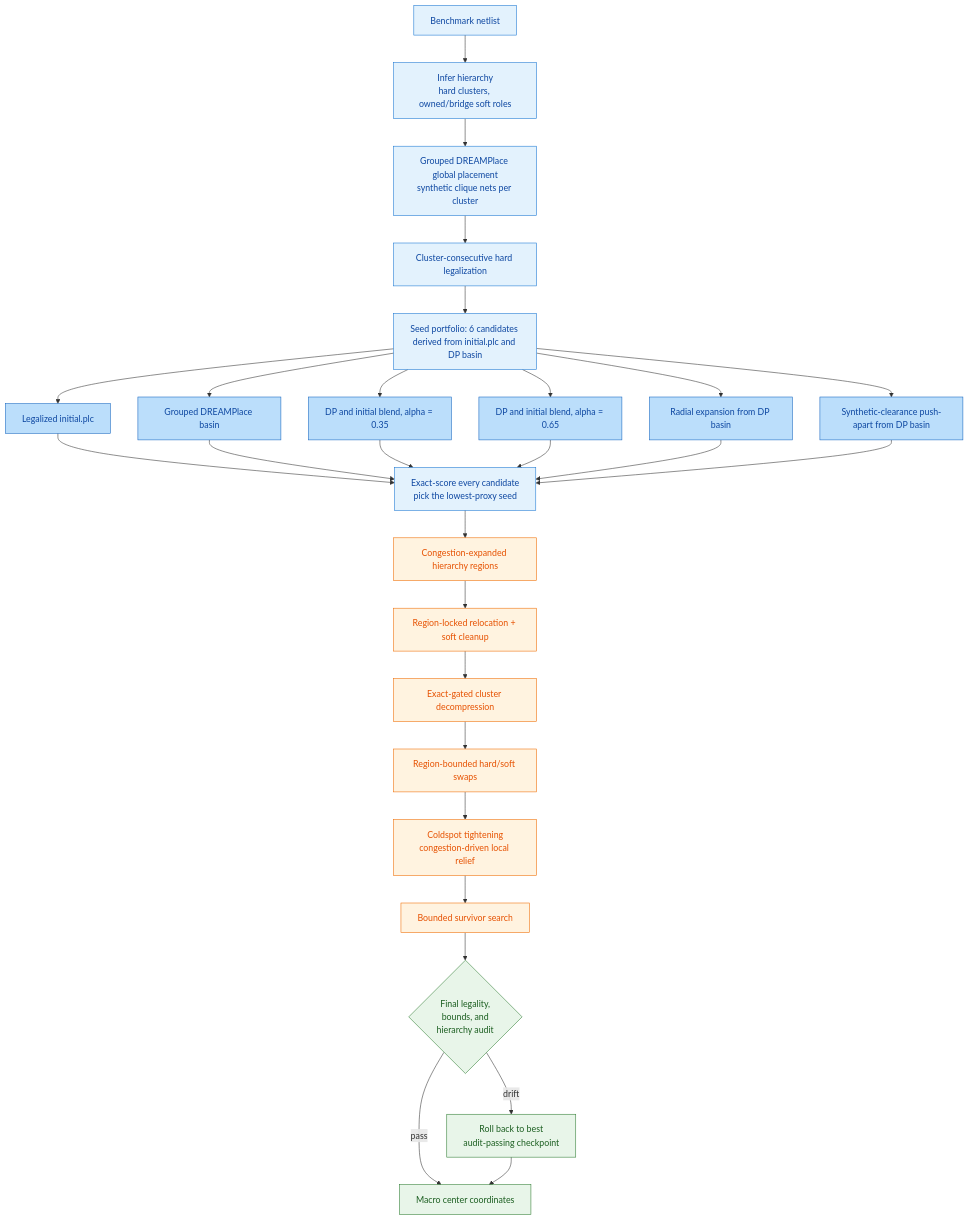
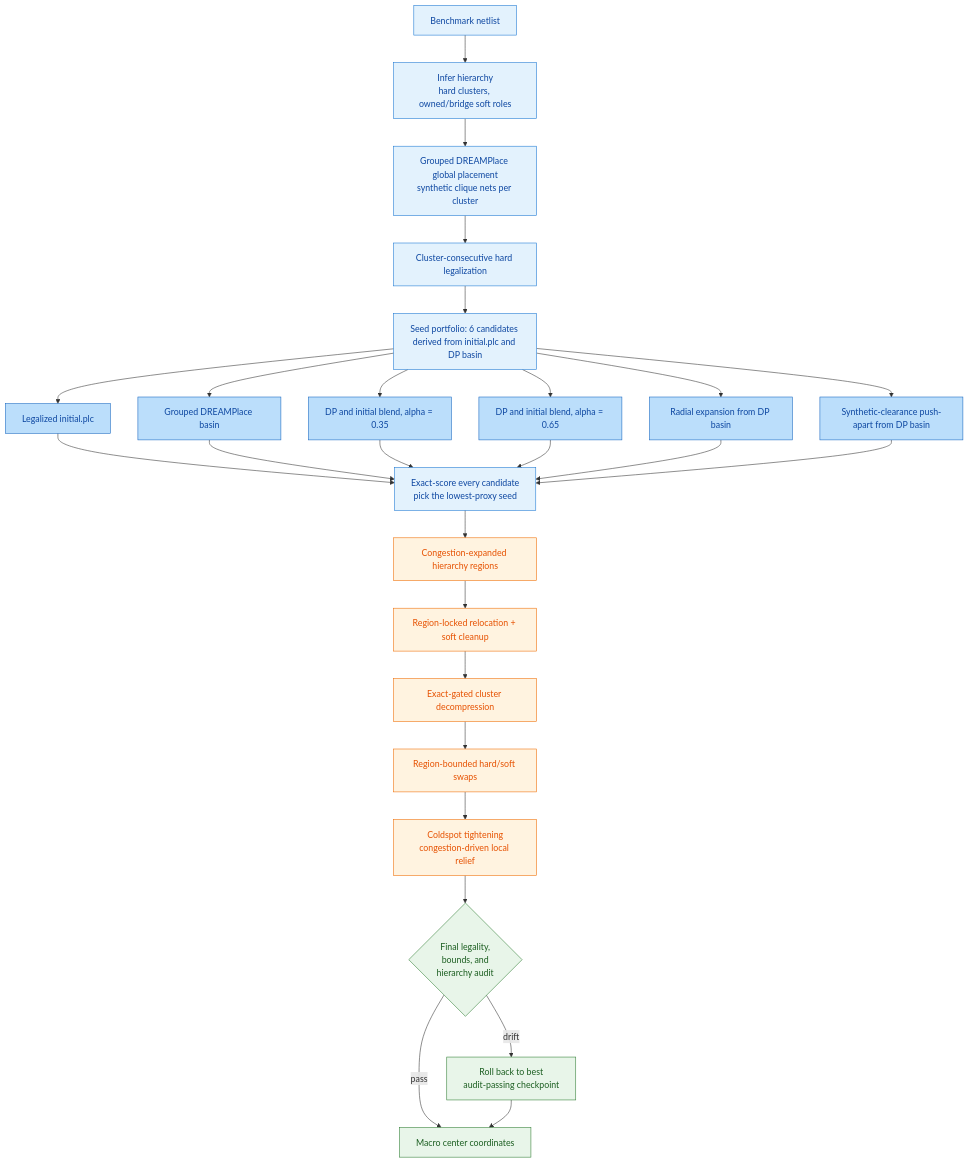
Before and after one commit to SameerSul/leetfm-macro-place-challenge-2026: the diagram in README.md, drawn with Mermaid. The commit also changed other lines of this file and 3 other files, not shown here.

````diff
--- a/README.md
+++ b/README.md
@@ -74,40 +78,39 @@
 ```mermaid
 flowchart TD
     A[Benchmark netlist] --> B[Infer hierarchy<br/>hard clusters, owned/bridge soft roles]
     B --> C[Grouped DREAMPlace global placement<br/>synthetic clique nets per cluster]
     C --> D[Cluster-consecutive hard legalization]
 
     D --> P[Seed portfolio: 6 candidates derived from initial.plc and DP basin]
     P --> S0[Legalized initial.plc]
     P --> S1[Grouped DREAMPlace basin]
     P --> S2[DP and initial blend, alpha = 0.35]
     P --> S3[DP and initial blend, alpha = 0.65]
     P --> S4[Radial expansion from DP basin]
     P --> S5[Synthetic-clearance push-apart from DP basin]
     S0 --> E[Exact-score every candidate<br/>pick the lowest-proxy seed]
     S1 --> E
     S2 --> E
     S3 --> E
     S4 --> E
     S5 --> E
 
     E --> F[Congestion-expanded hierarchy regions]
     F --> G[Region-locked relocation + soft cleanup]
     G --> H[Exact-gated cluster decompression]
     H --> I[Region-bounded hard/soft swaps]
     I --> J[Coldspot tightening<br/>congestion-driven local relief]
-    J --> K[Bounded survivor search]
-    K --> L{Final legality,<br/>bounds, and<br/>hierarchy audit}
+    J --> L{Final legality,<br/>bounds, and<br/>hierarchy audit}
     L -->|pass| M[Macro center coordinates]
     L -->|drift| N[Roll back to best<br/>audit-passing checkpoint]
     N --> M
 
     classDef seed fill:#e3f2fd,stroke:#1976d2,color:#0d47a1
     classDef cand fill:#bbdefb,stroke:#1565c0,color:#0d47a1
     classDef search fill:#fff3e0,stroke:#ef6c00,color:#e65100
     classDef audit fill:#e8f5e9,stroke:#2e7d32,color:#1b5e20
     class A,B,C,D,P,E seed
     class S0,S1,S2,S3,S4,S5 cand
     class F,G,H,I,J,K search
     class L,M,N audit
 ```
````
